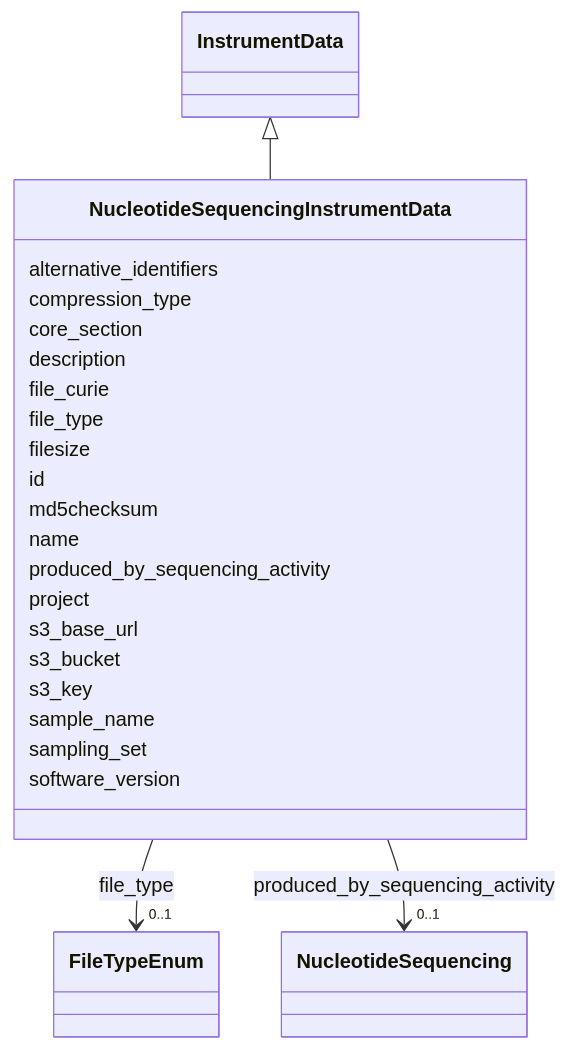
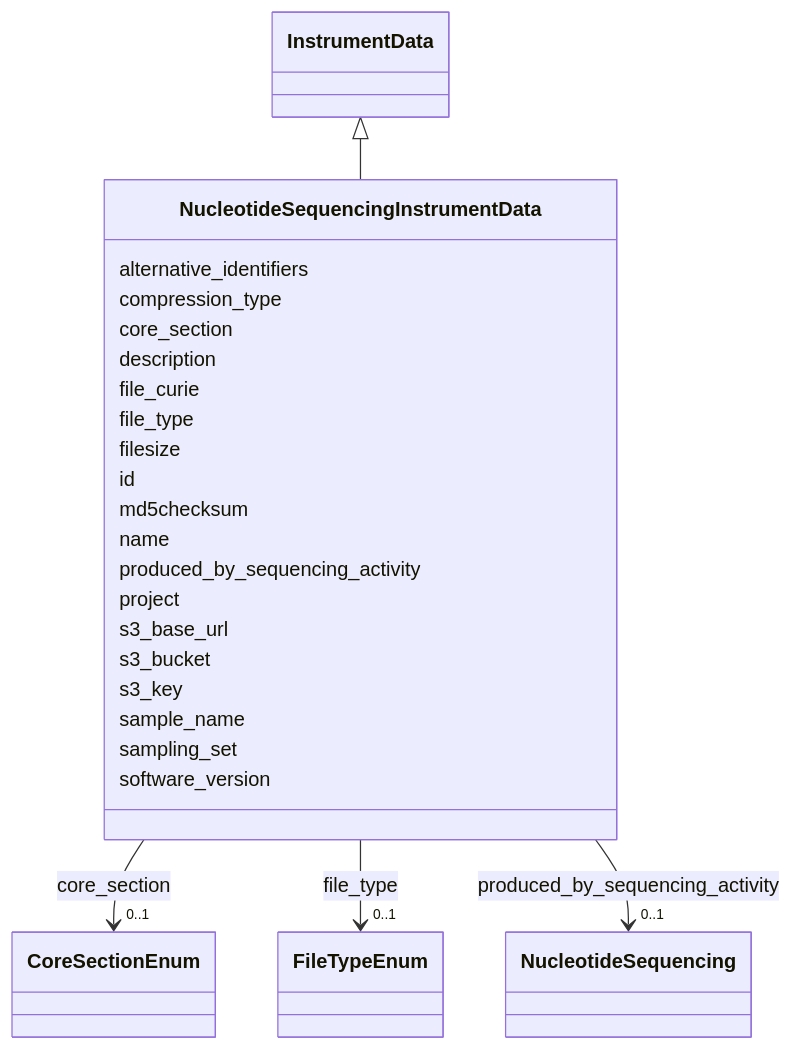
One commit to EMSL-Computing/BASALT-Schema changed the diagram in docs/elements/NucleotideSequencingInstrumentData.md. Above: the diagram before and after it, drawn with Mermaid. The commit also changed other lines of this file and 388 other files, not shown here.

````diff
--- a/docs/elements/NucleotideSequencingInstrumentData.md
+++ b/docs/elements/NucleotideSequencingInstrumentData.md
@@ -19,70 +19,80 @@
 ```mermaid
  classDiagram
     class NucleotideSequencingInstrumentData
     click NucleotideSequencingInstrumentData href "../NucleotideSequencingInstrumentData"
       InstrumentData <|-- NucleotideSequencingInstrumentData
         click InstrumentData href "../InstrumentData"
       
       NucleotideSequencingInstrumentData : alternative_identifiers
         
       NucleotideSequencingInstrumentData : compression_type
         
       NucleotideSequencingInstrumentData : core_section
+        
+          
+    
+    
+    
+    
+    NucleotideSequencingInstrumentData --> "0..1" CoreSectionEnum : core_section
+    click CoreSectionEnum href "../CoreSectionEnum"
+    
+
         
       NucleotideSequencingInstrumentData : description
         
       NucleotideSequencingInstrumentData : file_curie
         
       NucleotideSequencingInstrumentData : file_type
         
           
     
     
     
     
     NucleotideSequencingInstrumentData --> "0..1" FileTypeEnum : file_type
     click FileTypeEnum href "../FileTypeEnum"
     
 
         
       NucleotideSequencingInstrumentData : filesize
         
       NucleotideSequencingInstrumentData : id
         
           
     
     
 
         
       NucleotideSequencingInstrumentData : md5checksum
         
       NucleotideSequencingInstrumentData : name
         
       NucleotideSequencingInstrumentData : produced_by_sequencing_activity
         
           
     
     
     
     
     NucleotideSequencingInstrumentData --> "0..1" NucleotideSequencing : produced_by_sequencing_activity
     click NucleotideSequencing href "../NucleotideSequencing"
     
 
         
       NucleotideSequencingInstrumentData : project
         
       NucleotideSequencingInstrumentData : s3_base_url
         
       NucleotideSequencingInstrumentData : s3_bucket
         
       NucleotideSequencingInstrumentData : s3_key
         
       NucleotideSequencingInstrumentData : sample_name
         
       NucleotideSequencingInstrumentData : sampling_set
         
       NucleotideSequencingInstrumentData : software_version
         
       
 ```
````
